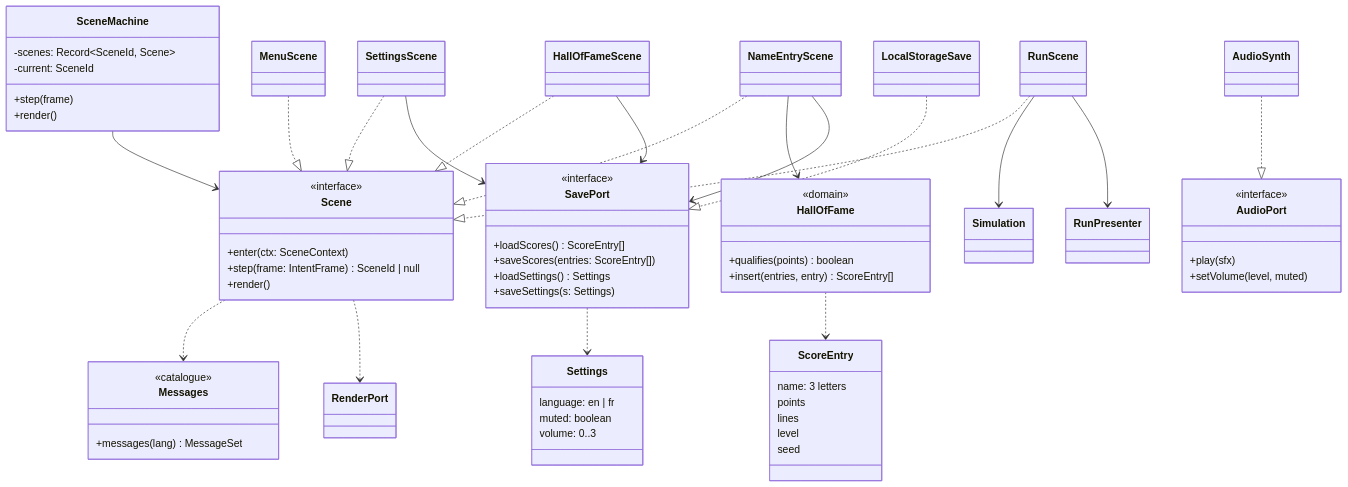
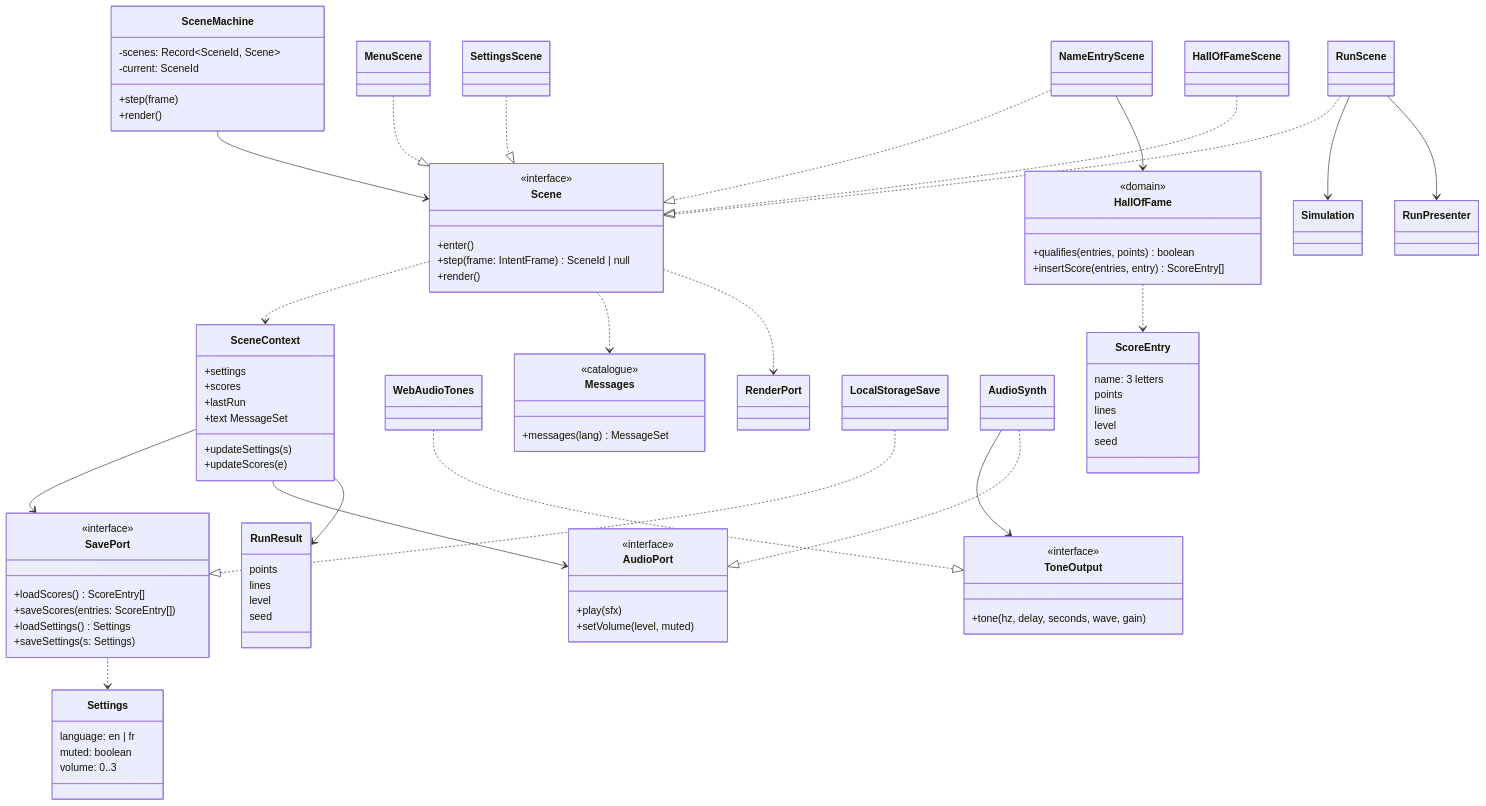
The first of 2 diagrams in docs/architecture/diagrams/system/04-class-brick6.md (benoit-bremaud/retro-blocks), drawn with Mermaid before and after one commit. The commit also changed other lines of this file and 16 other files, not shown here.

```diff
--- a/docs/architecture/diagrams/system/04-class-brick6.md
+++ b/docs/architecture/diagrams/system/04-class-brick6.md
@@ -9,7 +9,7 @@
 classDiagram
   class Scene {
     <<interface>>
-    +enter(ctx: SceneContext)
+    +enter()
     +step(frame: IntentFrame) SceneId | null
     +render()
   }
@@ -31,10 +31,29 @@
     +loadSettings() Settings
     +saveSettings(s: Settings)
   }
+  class SceneContext {
+    +settings
+    +scores
+    +lastRun
+    +text MessageSet
+    +updateSettings(s)
+    +updateScores(e)
+  }
+  class RunResult {
+    points
+    lines
+    level
+    seed
+  }
+  class ToneOutput {
+    <<interface>>
+    +tone(hz, delay, seconds, wave, gain)
+  }
+  class WebAudioTones
   class HallOfFame {
     <<domain>>
-    +qualifies(points) boolean
-    +insert(entries, entry) ScoreEntry[]
+    +qualifies(entries, points) boolean
+    +insertScore(entries, entry) ScoreEntry[]
   }
   class ScoreEntry {
     name: 3 letters
@@ -68,11 +87,14 @@
   RunScene --> Simulation
   RunScene --> RunPresenter
   NameEntryScene --> HallOfFame
-  HallOfFameScene --> SavePort
-  SettingsScene --> SavePort
-  NameEntryScene --> SavePort
+  SceneContext --> SavePort
+  SceneContext --> AudioPort
+  Scene ..> SceneContext
   Scene ..> Messages
   Scene ..> RenderPort
+  SceneContext --> RunResult
+  AudioSynth --> ToneOutput
+  WebAudioTones ..|> ToneOutput
   LocalStorageSave ..|> SavePort
   AudioSynth ..|> AudioPort
   HallOfFame ..> ScoreEntry
```
